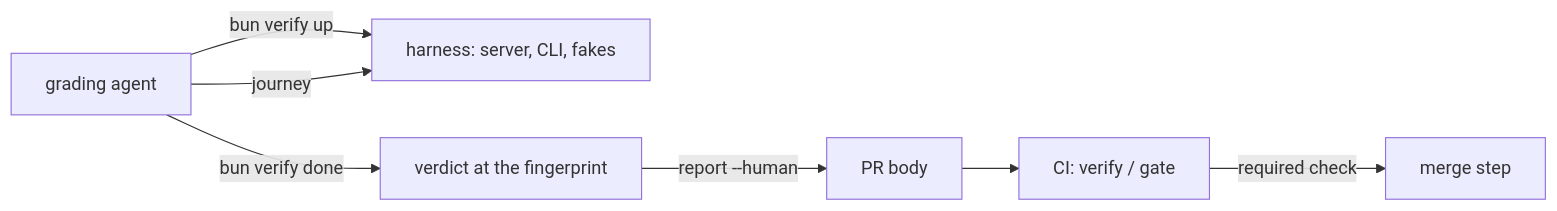
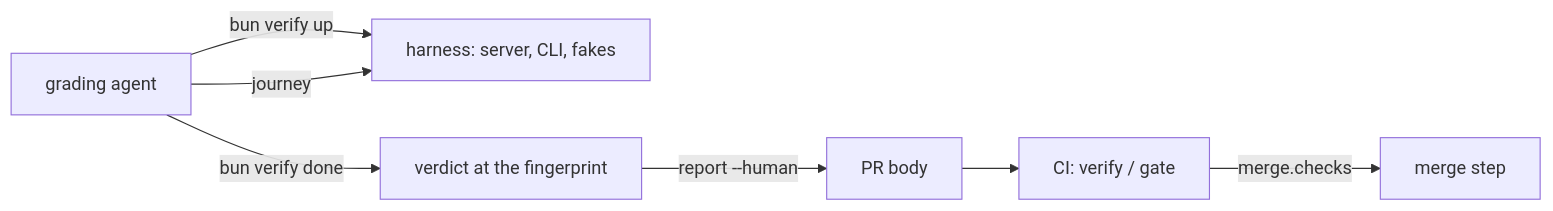
One commit to zgeoff/boxxy changed the diagram in docs/design/boxxy/wringer-journeys.md. Above: the diagram before and after it, drawn with Mermaid. The commit also changed other lines of this file and 6 other files, not shown here.

````diff
--- a/docs/design/boxxy/wringer-journeys.md
+++ b/docs/design/boxxy/wringer-journeys.md
@@ -26,9 +26,9 @@
 ```mermaid
 flowchart LR
   grader["grading agent"] -->|"bun verify up"| harness["harness: server, CLI, fakes"]
   grader -->|"journey"| harness
   grader -->|"bun verify done"| verdict["verdict at the fingerprint"]
   verdict -->|"report --human"| body["PR body"]
   body --> gate["CI: verify / gate"]
-  gate -->|"required check"| merge["merge step"]
+  gate -->|"merge.checks"| merge["merge step"]
 ```
````
